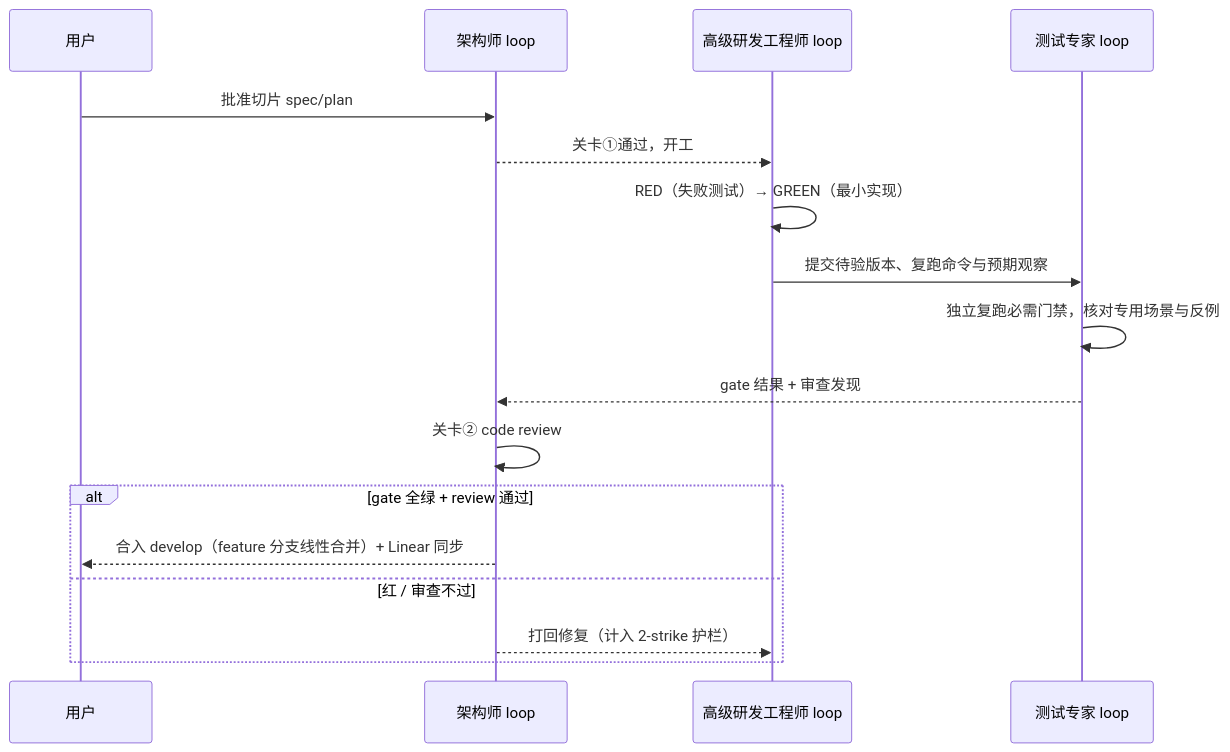
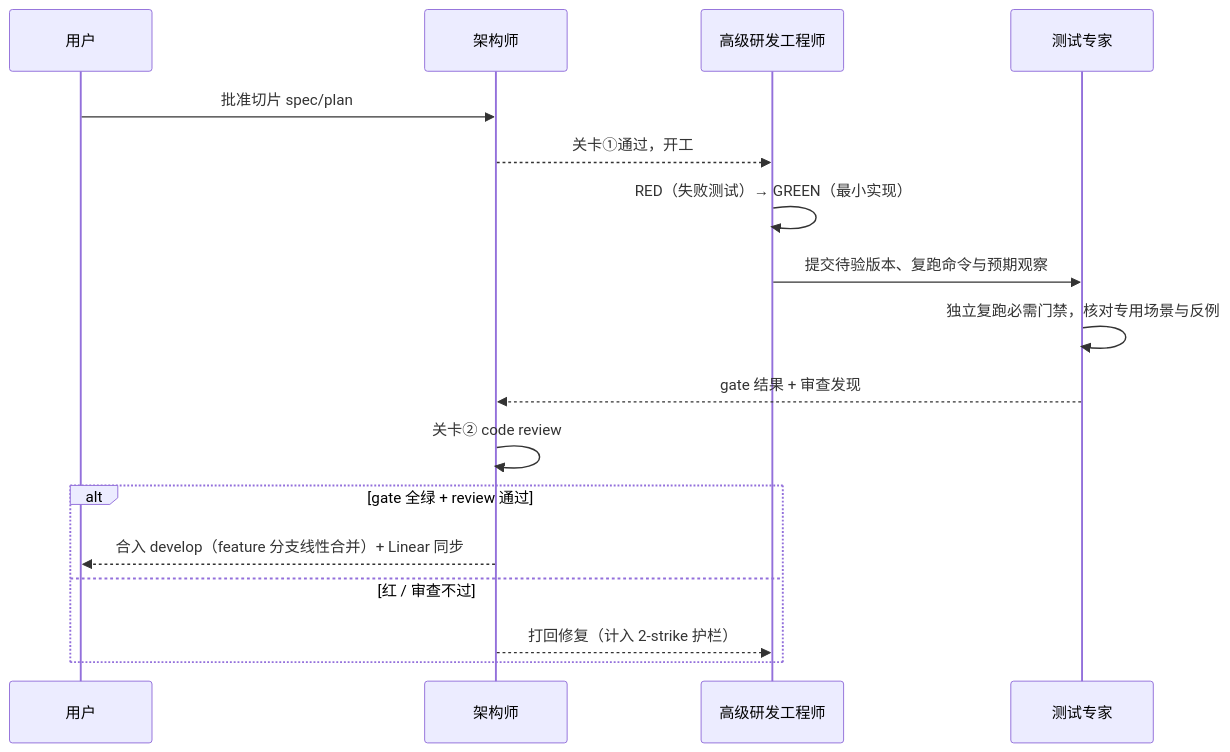
Before and after one commit to James7zy/hypervisor: the first of 2 diagrams in docs/loop/README.md, drawn with Mermaid. The commit also changed other lines of this file, not shown here.

````diff
--- a/docs/loop/README.md
+++ b/docs/loop/README.md
@@ -96,19 +96,19 @@
 ```mermaid
 sequenceDiagram
     participant U as 用户
-    participant A as 架构师 loop
-    participant D as 高级研发工程师 loop
-    participant T as 测试专家 loop
+    participant A as 架构师
+    participant D as 高级研发工程师
+    participant T as 测试专家
     U->>A: 批准切片 spec/plan
     A-->>D: 关卡①通过，开工
     D->>D: RED（失败测试）→ GREEN（最小实现）
     D->>T: 提交待验版本、复跑命令与预期观察
     T->>T: 独立复跑必需门禁，核对专用场景与反例
     T-->>A: gate 结果 + 审查发现
     A->>A: 关卡② code review
     alt gate 全绿 + review 通过
         A-->>U: 合入 develop（feature 分支线性合并）+ Linear 同步
     else 红 / 审查不过
         A-->>D: 打回修复（计入 2-strike 护栏）
     end
 ```
````
